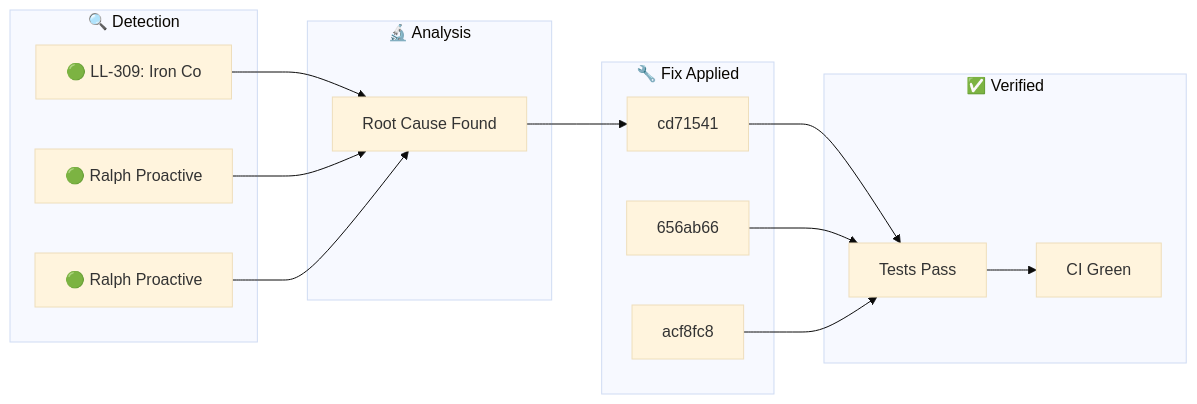
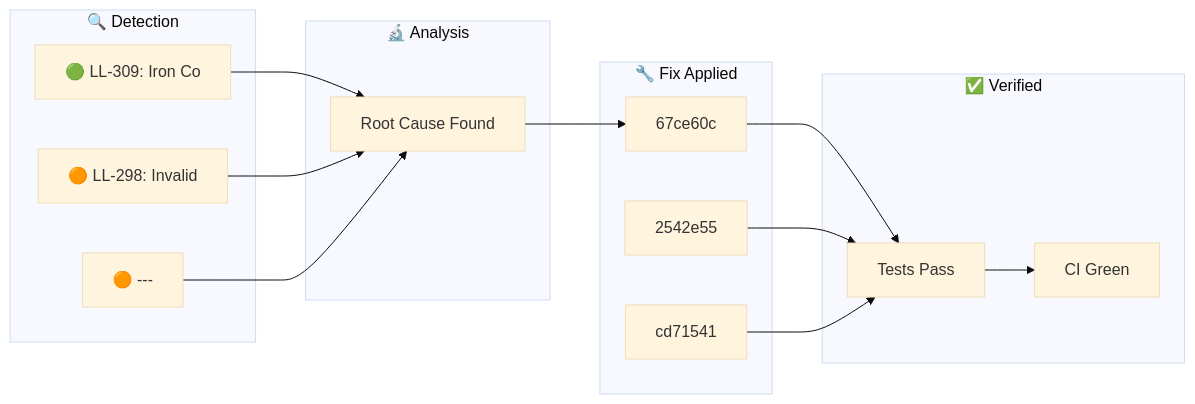
One commit to YoByron/trading changed the diagram in docs/_posts/2026-01-27-ralph-discovery.md. Above: the diagram before and after it, drawn with Mermaid (base theme). The commit also changed other lines of this file, not shown here.

Commit message:
docs(ralph): Auto-publish discovery blog post

````diff
--- a/docs/_posts/2026-01-27-ralph-discovery.md
+++ b/docs/_posts/2026-01-27-ralph-discovery.md
@@ -17,28 +17,28 @@
 ```mermaid
 flowchart LR
     subgraph Detection["🔍 Detection"]
         D1["🟢 LL-309: Iron Co"]
-        D2["🟢 Ralph Proactive"]
-        D3["🟢 Ralph Proactive"]
+        D2["🟠 LL-298: Invalid"]
+        D3["🟠 ---"]
     end
     subgraph Analysis["🔬 Analysis"]
         A1["Root Cause Found"]
     end
     subgraph Fix["🔧 Fix Applied"]
-        F1["cd71541"]
-        F2["656ab66"]
-        F3["acf8fc8"]
+        F1["67ce60c"]
+        F2["2542e55"]
+        F3["cd71541"]
     end
     subgraph Verify["✅ Verified"]
         V1["Tests Pass"]
         V2["CI Green"]
     end
     D1 --> A1
     D2 --> A1
     D3 --> A1
     A1 --> F1
     F1 --> V1
     F2 --> V1
     F3 --> V1
     V1 --> V2
 ```
````
